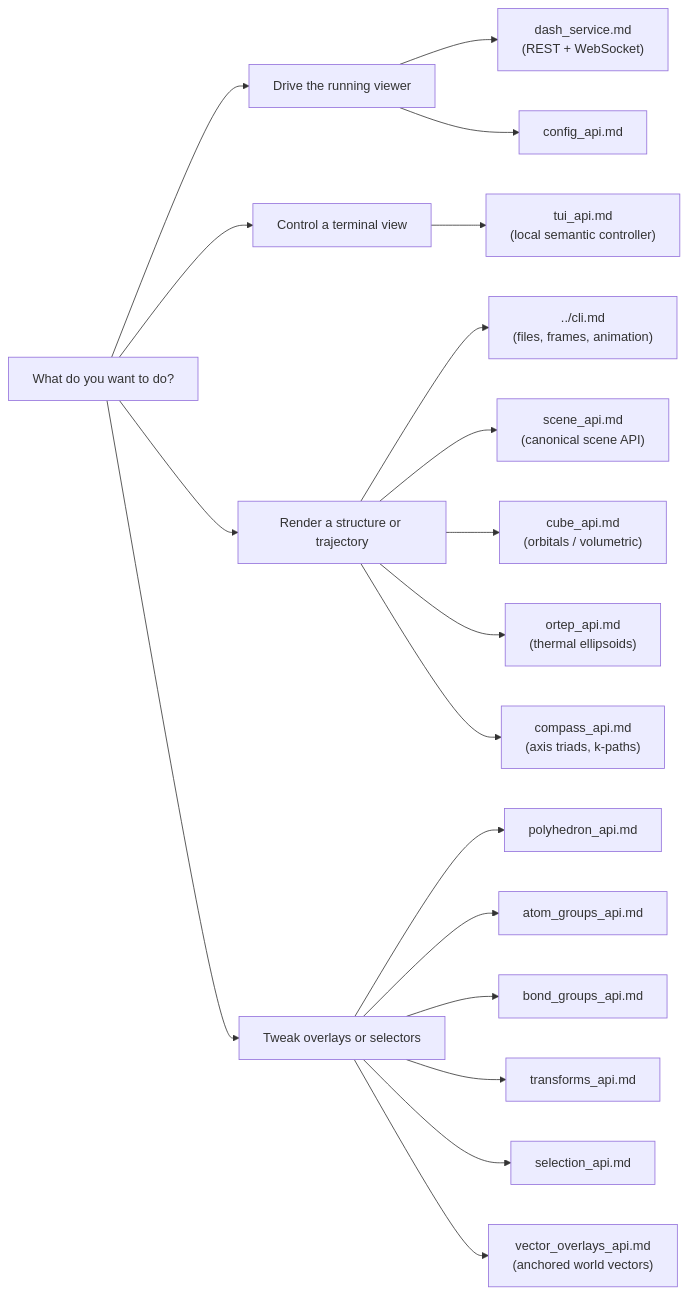
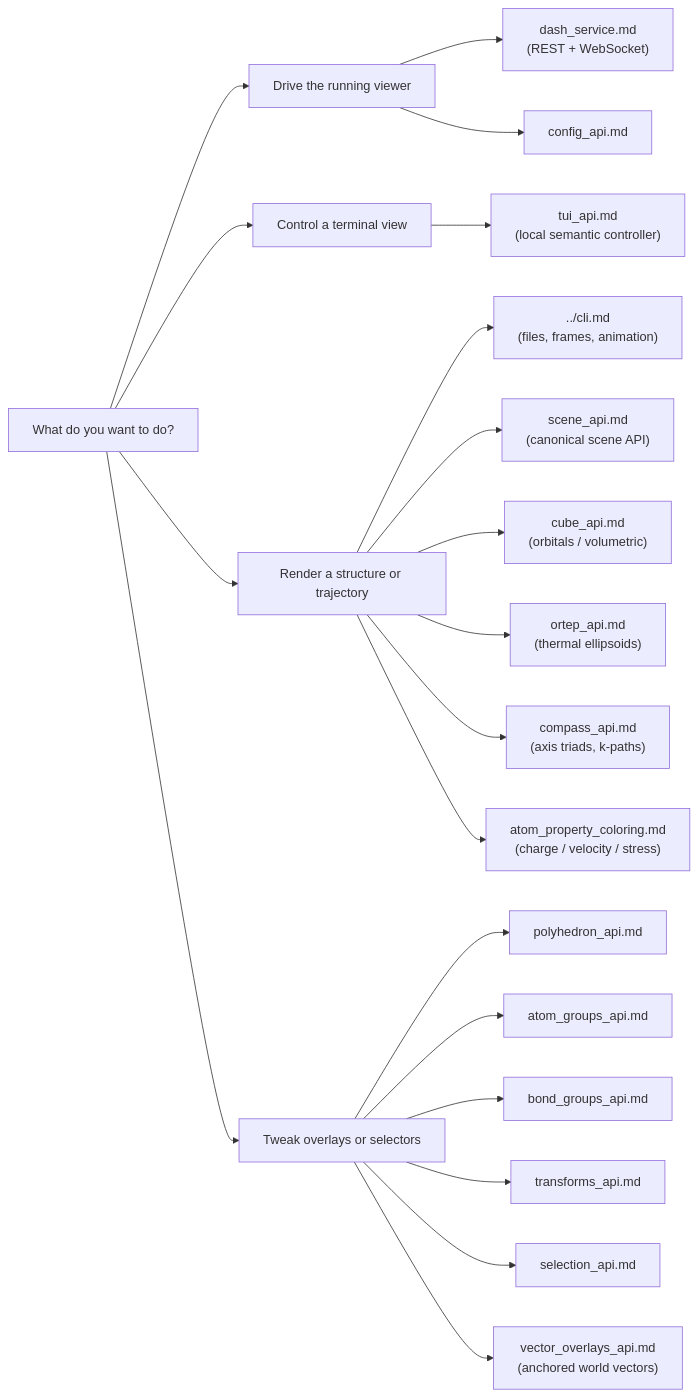
Before and after one commit to SchrodingersCattt/MatterVis: the first of 2 diagrams in docs/agents/README.md, drawn with Mermaid. The commit also changed other lines of this file and 57 other files, not shown here.

````diff
--- a/docs/agents/README.md
+++ b/docs/agents/README.md
@@ -13,25 +13,26 @@
 ```mermaid
 flowchart LR
     Q["What do you want to do?"]
     Q --> LIVE["Drive the running viewer"]
     Q --> TUI["Control a terminal view"]
     Q --> STATIC["Render a structure or trajectory"]
     Q --> OVERLAY["Tweak overlays or selectors"]
 
     LIVE --> DASH["dash_service.md<br/>(REST + WebSocket)"]
     TUI --> TUIAPI["tui_api.md<br/>(local semantic controller)"]
 
     STATIC --> CLI["../cli.md<br/>(files, frames, animation)"]
     STATIC --> SCENE["scene_api.md<br/>(canonical scene API)"]
     STATIC --> CUBE["cube_api.md<br/>(orbitals / volumetric)"]
     STATIC --> ORTEP["ortep_api.md<br/>(thermal ellipsoids)"]
     STATIC --> COMPASS["compass_api.md<br/>(axis triads, k-paths)"]
+    STATIC --> PROPERTY["atom_property_coloring.md<br/>(charge / velocity / stress)"]
 
     OVERLAY --> POLY["polyhedron_api.md"]
     OVERLAY --> AG["atom_groups_api.md"]
     OVERLAY --> BG["bond_groups_api.md"]
     OVERLAY --> TR["transforms_api.md"]
     OVERLAY --> SEL["selection_api.md"]
     OVERLAY --> VEC["vector_overlays_api.md<br/>(anchored world vectors)"]
     LIVE --> CONFIG["config_api.md"]
 ```
````
